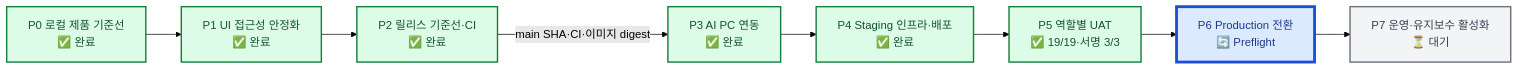
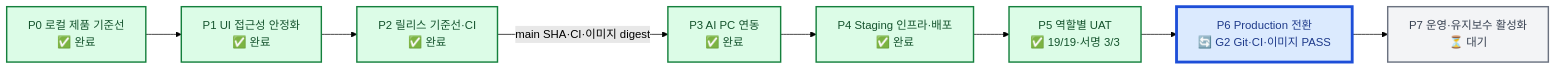
Before and after one commit to visionlab-coder/sqcm-i-inventory-system: the diagram in docs/roadmap.md, drawn with Mermaid (forest theme). The commit also changed other lines of this file and 5 other files, not shown here.

````diff
--- a/docs/roadmap.md
+++ b/docs/roadmap.md
@@ -24,19 +24,19 @@
 ```mermaid
 flowchart LR
     P0["P0 로컬 제품 기준선<br/>✅ 완료"] --> P1["P1 UI 접근성 안정화<br/>✅ 완료"]
     P1 --> P2["P2 릴리스 기준선·CI<br/>✅ 완료"]
     P2 -->|"main SHA·CI·이미지 digest"| P3["P3 AI PC 연동<br/>✅ 완료"]
     P3 --> P4["P4 Staging 인프라·배포<br/>✅ 완료"]
     P4 --> P5["P5 역할별 UAT<br/>✅ 19/19·서명 3/3"]
-    P5 --> P6["P6 Production 전환<br/>🔄 Preflight"]
+    P5 --> P6["P6 Production 전환<br/>🔄 G2 Git·CI·이미지 PASS"]
     P6 --> P7["P7 운영·유지보수 활성화<br/>⏳ 대기"]
 
     classDef done fill:#DCFCE7,stroke:#15803D,color:#14532D,stroke-width:2px;
     classDef active fill:#DBEAFE,stroke:#1D4ED8,color:#1E3A8A,stroke-width:4px;
     classDef pending fill:#F3F4F6,stroke:#6B7280,color:#374151,stroke-width:2px;
     classDef hold fill:#FEF3C7,stroke:#B45309,color:#78350F,stroke-width:2px;
     classDef blocked fill:#FEE2E2,stroke:#B91C1C,color:#7F1D1D,stroke-width:4px;
     class P0,P1,P2,P3,P4,P5 done;
     class P6 active;
     class P7 pending;
 ```
````
